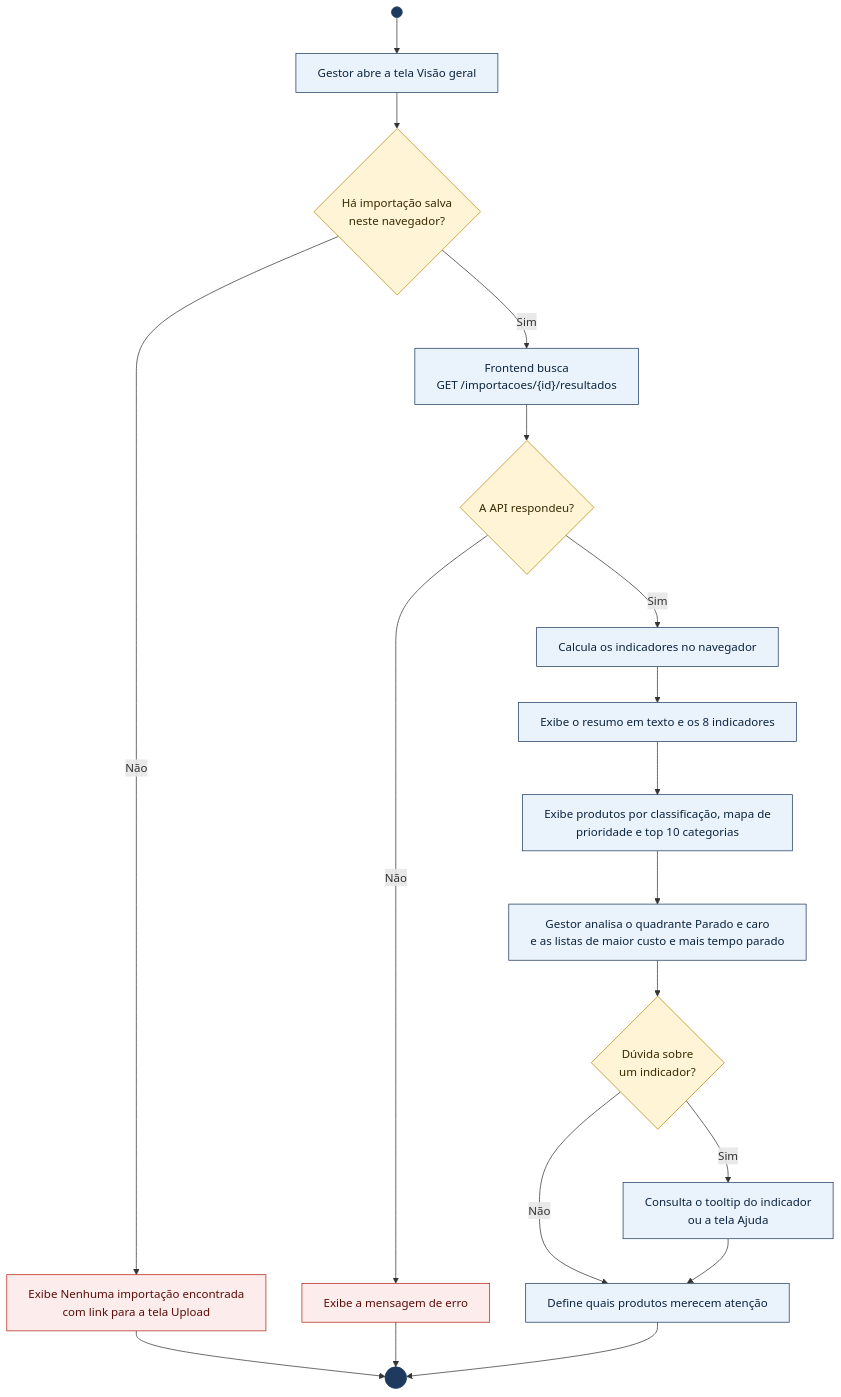
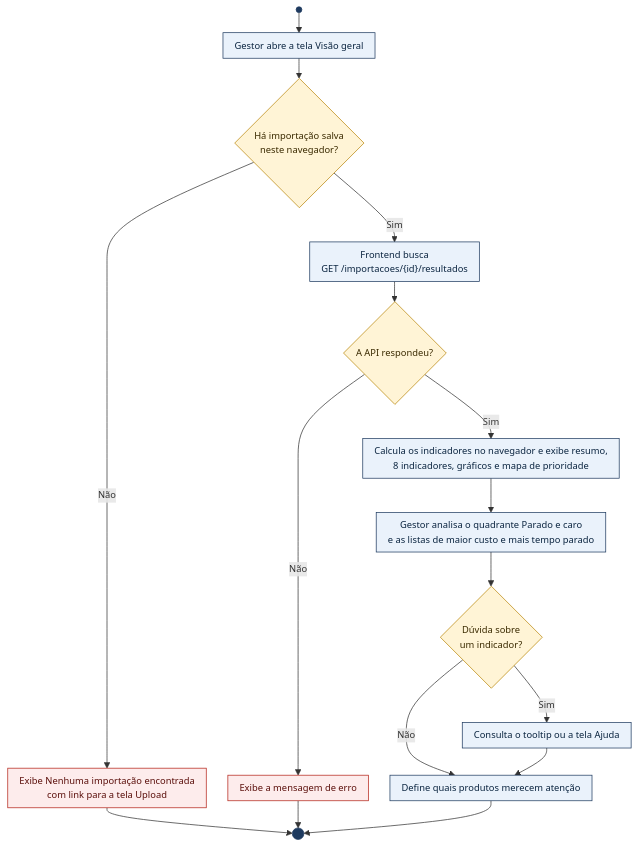
Before and after one commit to weillerjulia/StockWise: the second of 9 diagrams in README.md, drawn with Mermaid. The commit also changed other lines of this file, not shown here.

````diff
--- a/README.md
+++ b/README.md
@@ -305,30 +287,28 @@
 ```mermaid
-%%{init: {"flowchart": {"wrappingWidth": 400}}}%%
+%%{init: {"themeVariables": {"fontSize": "13px"}, "flowchart": {"wrappingWidth": 400, "rankSpacing": 28, "nodeSpacing": 30, "padding": 8}}}%%
 flowchart TD
     inicio(( )) --> b1["Gestor abre a tela Visão geral"]
     b1 --> d1{"Há importação salva<br/>neste navegador?"}
     d1 -- Não --> b2["Exibe Nenhuma importação encontrada<br/>com link para a tela Upload"]
     d1 -- Sim --> b3["Frontend busca<br/>GET /importacoes/{id}/resultados"]
     b3 --> d2{"A API respondeu?"}
     d2 -- Não --> b4["Exibe a mensagem de erro"]
-    d2 -- Sim --> b5["Calcula os indicadores no navegador"]
-    b5 --> b6["Exibe o resumo em texto e os 8 indicadores"]
-    b6 --> b7["Exibe produtos por classificação, mapa de<br/>prioridade e top 10 categorias"]
-    b7 --> b8["Gestor analisa o quadrante Parado e caro<br/>e as listas de maior custo e mais tempo parado"]
-    b8 --> d3{"Dúvida sobre<br/>um indicador?"}
-    d3 -- Sim --> b9["Consulta o tooltip do indicador<br/>ou a tela Ajuda"]
-    d3 -- Não --> b10["Define quais produtos merecem atenção"]
-    b9 --> b10
+    d2 -- Sim --> b5["Calcula os indicadores no navegador e exibe resumo,<br/>8 indicadores, gráficos e mapa de prioridade"]
+    b5 --> b6["Gestor analisa o quadrante Parado e caro<br/>e as listas de maior custo e mais tempo parado"]
+    b6 --> d3{"Dúvida sobre<br/>um indicador?"}
+    d3 -- Sim --> b7["Consulta o tooltip ou a tela Ajuda"]
+    d3 -- Não --> b8["Define quais produtos merecem atenção"]
+    b7 --> b8
     b2 --> fim((( )))
     b4 --> fim
-    b10 --> fim
+    b8 --> fim
 
     classDef marco fill:#1E3A5F,stroke:#1E3A5F
     classDef decisao fill:#FFF4D6,stroke:#B8860B,color:#3A2A00
     classDef acao fill:#EAF2FB,stroke:#1E3A5F,color:#0B2540
     classDef erro fill:#FDECEC,stroke:#B42318,color:#5A0E0A
     class inicio,fim marco
     class d1,d2,d3 decisao
-    class b1,b3,b5,b6,b7,b8,b9,b10 acao
+    class b1,b3,b5,b6,b7,b8 acao
     class b2,b4 erro
 ```
````
